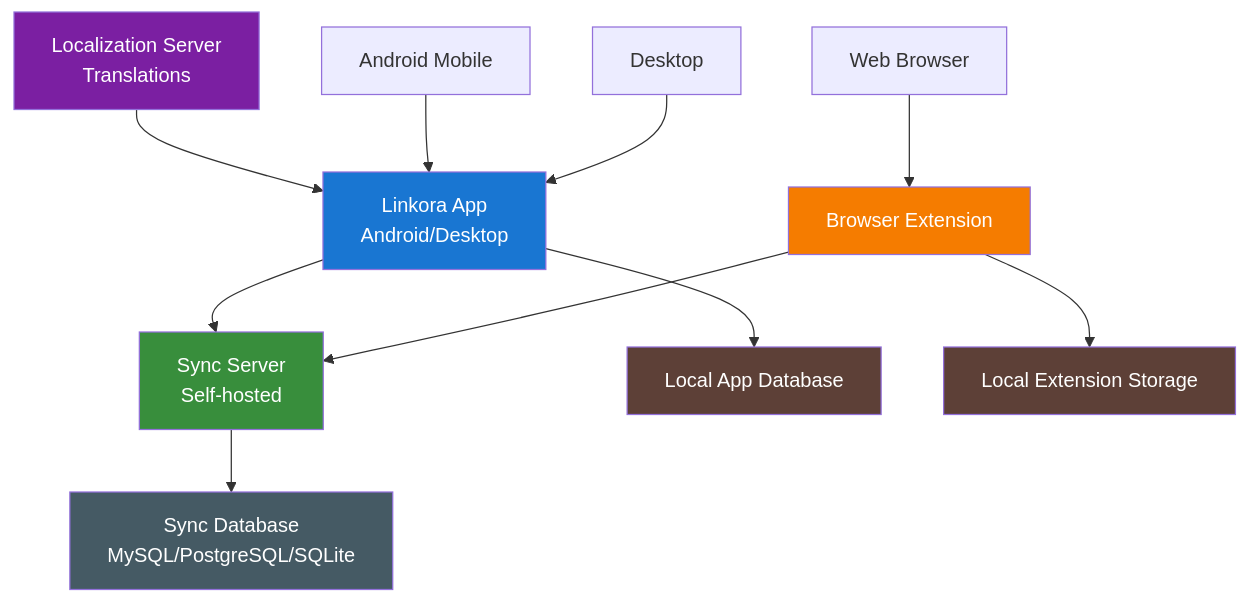
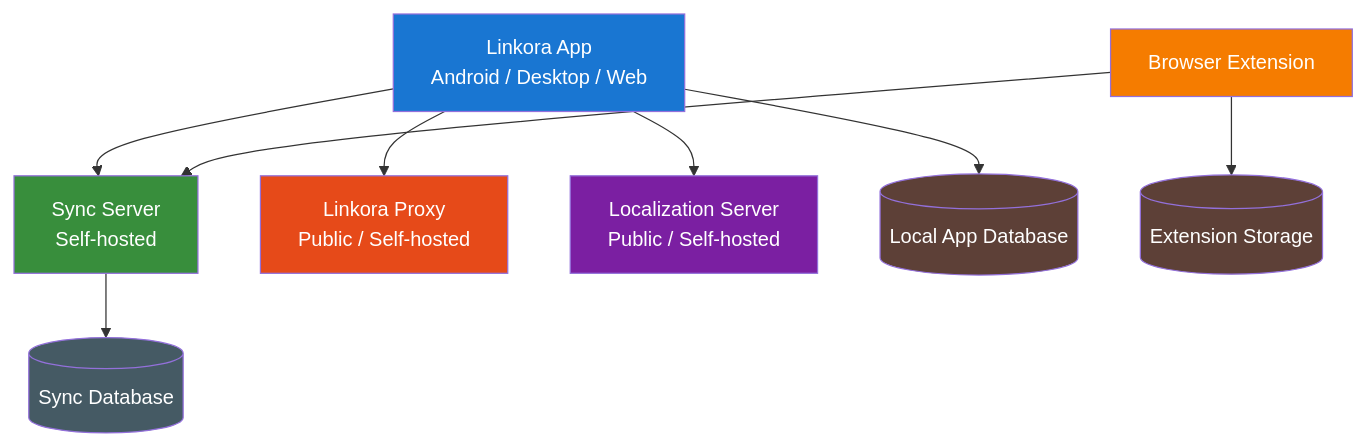
The diagram in profile/README.md (LinkoraApp/.github), drawn with Mermaid before and after one commit. The commit also changed other lines of this file, not shown here.

````diff
--- a/profile/README.md
+++ b/profile/README.md
@@ -17,22 +17,21 @@
 ```mermaid
 graph TB
-    A[Linkora App<br/>Android/Desktop] --> B[Sync Server<br/>Self-hosted]
+    A[Linkora App<br/>Android / Desktop / Web] --> B[Sync Server<br/>Self-hosted]
     C[Browser Extension] --> B
-    D[Localization Server<br/>Translations] --> A
     
-    B --> E[Sync Database<br/>MySQL/PostgreSQL/SQLite]
-    A --> F[Local App Database]
-    C --> G[Local Extension Storage]
+    A --> P[Linkora Proxy<br/>Public / Self-hosted]
+    A --> D[Localization Server<br/>Public / Self-hosted]
     
-    H[Web Browser] --> C
-    I[Android Mobile] --> A
-    J[Desktop] --> A
+    B --> E[(Sync Database)]
+    A --> F[(Local App Database)]
+    C --> G[(Extension Storage)]
     
     style A fill:#1976D2,color:#FFFFFF
     style B fill:#388E3C,color:#FFFFFF
     style C fill:#F57C00,color:#FFFFFF
+    style P fill:#E64A19,color:#FFFFFF
     style D fill:#7B1FA2,color:#FFFFFF
     style E fill:#455A64,color:#FFFFFF
     style F fill:#5D4037,color:#FFFFFF
     style G fill:#5D4037,color:#FFFFFF
 ```
````
